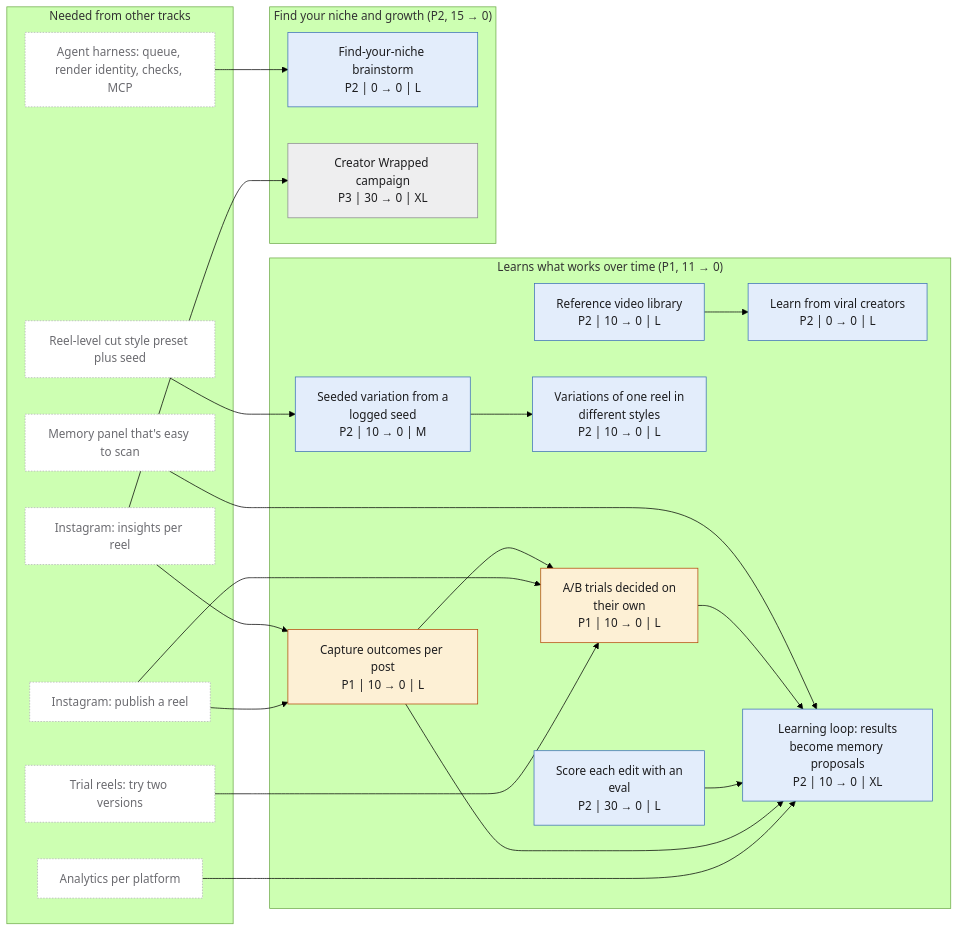
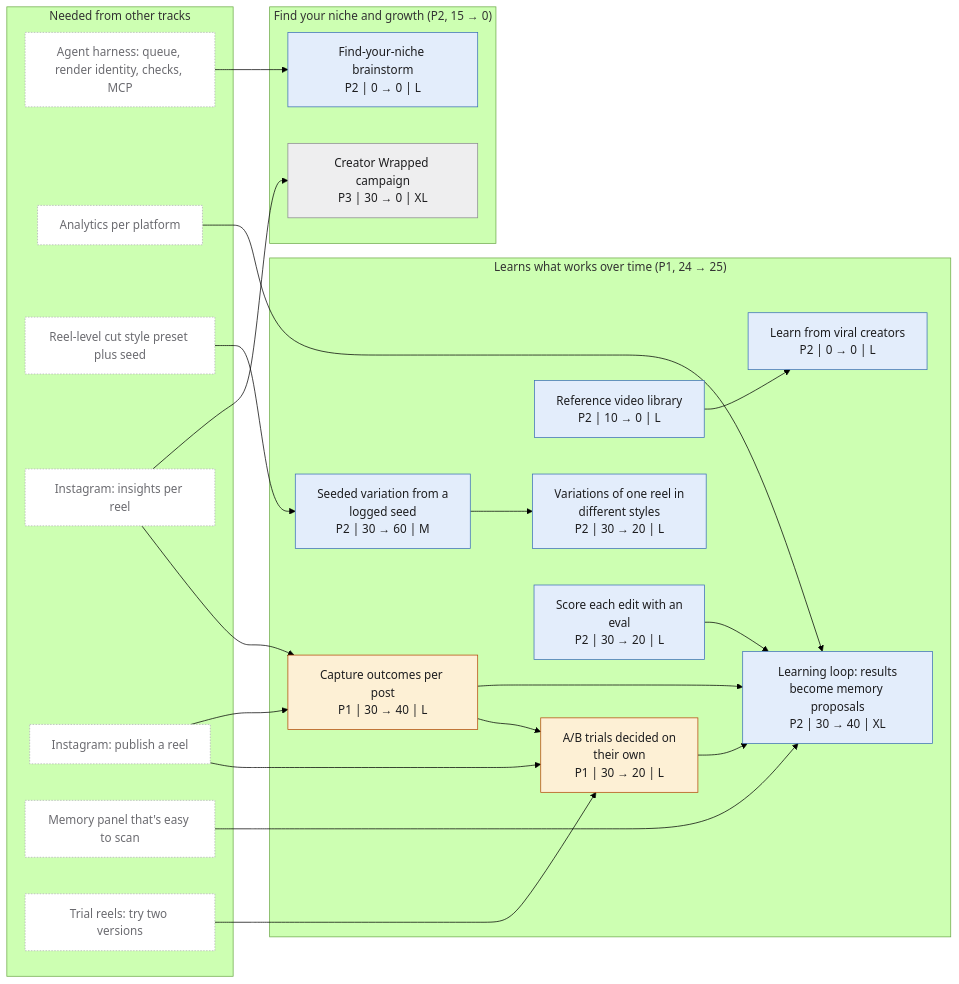
Before and after one commit to SamGu-NRX/reel-studio-app: the third of 8 diagrams in roadmap-graphs.md, drawn with Mermaid (forest theme). The commit also changed other lines of this file and 7 other files, not shown here.

First line of the commit message:
docs: roadmap snapshot 2026-11-05

````diff
--- a/roadmap-graphs.md
+++ b/roadmap-graphs.md
@@ -141,53 +143,54 @@
 ```mermaid
 flowchart LR
-    subgraph n_continual_learning_g["Learns what works over time (P1, 11 → 0)"]
-        n_lr_outcomes["Capture outcomes per post<br/>P1 | 10 → 0 | L"]
-        n_lr_ab_trials["A/B trials decided on<br/>their own<br/>P1 | 10 → 0 | L"]
-        n_style_variations["Variations of one reel in<br/>different styles<br/>P2 | 10 → 0 | L"]
-        n_edit_eval["Score each edit with an<br/>eval<br/>P2 | 30 → 0 | L"]
+    subgraph n_continual_learning_g["Learns what works over time (P1, 24 → 25)"]
+        n_lr_ab_trials["A/B trials decided on<br/>their own<br/>P1 | 30 → 20 | L"]
+        n_lr_outcomes["Capture outcomes per post<br/>P1 | 30 → 40 | L"]
         n_viral_patterns["Learn from viral creators<br/>P2 | 0 → 0 | L"]
         n_lr_references["Reference video library<br/>P2 | 10 → 0 | L"]
-        n_lr_seeded_variation["Seeded variation from a<br/>logged seed<br/>P2 | 10 → 0 | M"]
-        n_lr_loop["Learning loop: results<br/>become memory proposals<br/>P2 | 10 → 0 | XL"]
+        n_style_variations["Variations of one reel in<br/>different styles<br/>P2 | 30 → 20 | L"]
+        n_edit_eval["Score each edit with an<br/>eval<br/>P2 | 30 → 20 | L"]
+        n_lr_loop["Learning loop: results<br/>become memory proposals<br/>P2 | 30 → 40 | XL"]
+        n_lr_seeded_variation["Seeded variation from a<br/>logged seed<br/>P2 | 30 → 60 | M"]
     end
     subgraph n_ep_growth_g["Find your niche and growth (P2, 15 → 0)"]
         n_niche_brainstorm["Find-your-niche brainstorm<br/>P2 | 0 → 0 | L"]
         n_creator_wrapped["Creator Wrapped campaign<br/>P3 | 30 → 0 | XL"]
     end
     subgraph other_g["Needed from other tracks"]
         n_agent_harness["Agent harness: queue, render identity, checks, MCP"]
         n_analytics["Analytics per platform"]
         n_cv_style_seed["Reel-level cut style preset plus seed"]
         n_ig_insights["Instagram: insights per reel"]
         n_ig_publish["Instagram: publish a reel"]
         n_memory_panel["Memory panel that's easy to scan"]
         n_trial_reels["Trial reels: try two versions"]
     end
-    n_ig_publish --> n_lr_outcomes
-    n_ig_insights --> n_lr_outcomes
     n_trial_reels --> n_lr_ab_trials
     n_ig_publish --> n_lr_ab_trials
     n_lr_outcomes --> n_lr_ab_trials
+    n_ig_publish --> n_lr_outcomes
+    n_ig_insights --> n_lr_outcomes
+    n_lr_references --> n_viral_patterns
     n_lr_seeded_variation --> n_style_variations
-    n_lr_references --> n_viral_patterns
-    n_cv_style_seed --> n_lr_seeded_variation
     n_analytics --> n_lr_loop
     n_lr_outcomes --> n_lr_loop
     n_edit_eval --> n_lr_loop
     n_lr_ab_trials --> n_lr_loop
     n_memory_panel --> n_lr_loop
+    n_cv_style_seed --> n_lr_seeded_variation
     n_agent_harness --> n_niche_brainstorm
     n_ig_insights --> n_creator_wrapped
     classDef p0 fill:#fde4e1,stroke:#b42318,color:#1d1d1f
     classDef p1 fill:#fdf0d5,stroke:#b54708,color:#1d1d1f
     classDef p2 fill:#e3edfb,stroke:#3b6fb6,color:#1d1d1f
     classDef p3 fill:#eeeeef,stroke:#8a8a8f,color:#1d1d1f
+    classDef dropped fill:#ffffff,stroke:#b0b0b5,color:#8a8a8f
     classDef outside fill:#ffffff,stroke:#b0b0b5,color:#6b6b70,stroke-dasharray:2 2
     classDef blocker fill:#ffffff,stroke:#6b6b70,color:#1d1d1f,stroke-dasharray:5 4
     classDef waits stroke-dasharray:5 4
     classDef hardest stroke:#7a1010,stroke-width:4px
-    class n_lr_outcomes,n_lr_ab_trials p1
-    class n_style_variations,n_edit_eval,n_viral_patterns,n_lr_references,n_lr_seeded_variation,n_lr_loop,n_niche_brainstorm p2
+    class n_lr_ab_trials,n_lr_outcomes p1
+    class n_viral_patterns,n_lr_references,n_style_variations,n_edit_eval,n_lr_loop,n_lr_seeded_variation,n_niche_brainstorm p2
     class n_creator_wrapped p3
     class n_agent_harness,n_analytics,n_cv_style_seed,n_ig_insights,n_ig_publish,n_memory_panel,n_trial_reels outside
 ```
````
